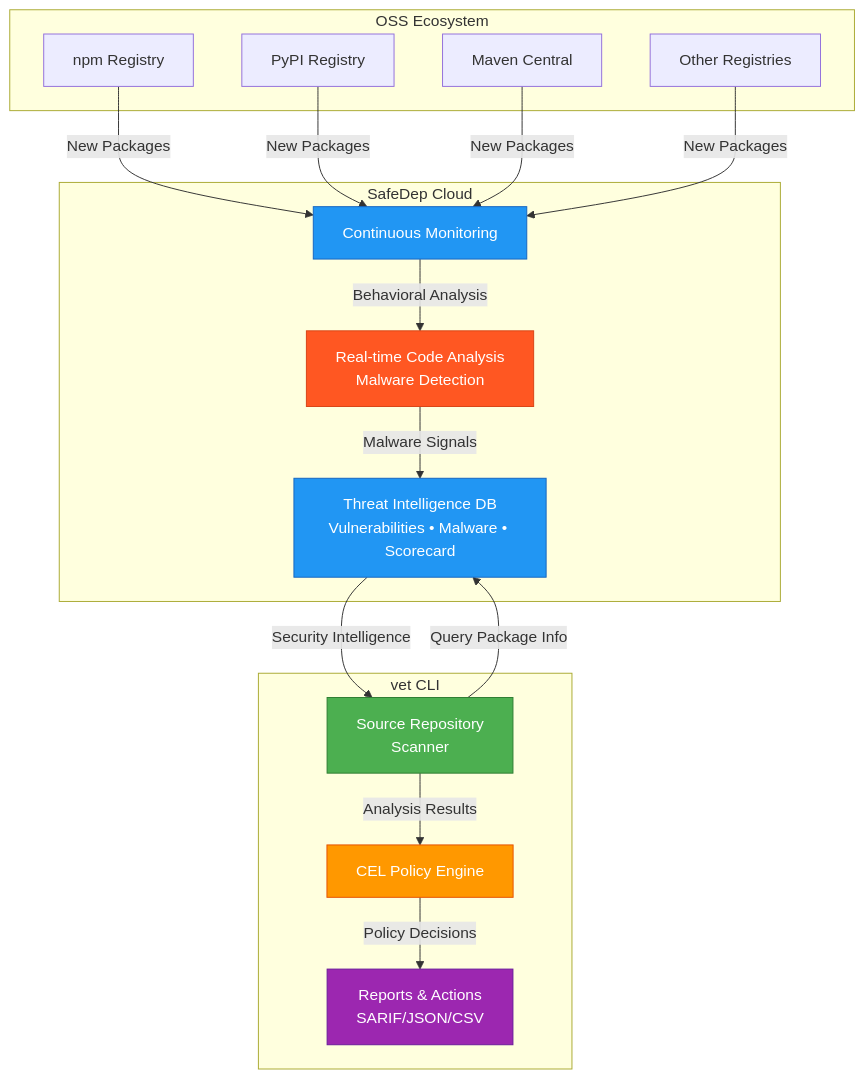
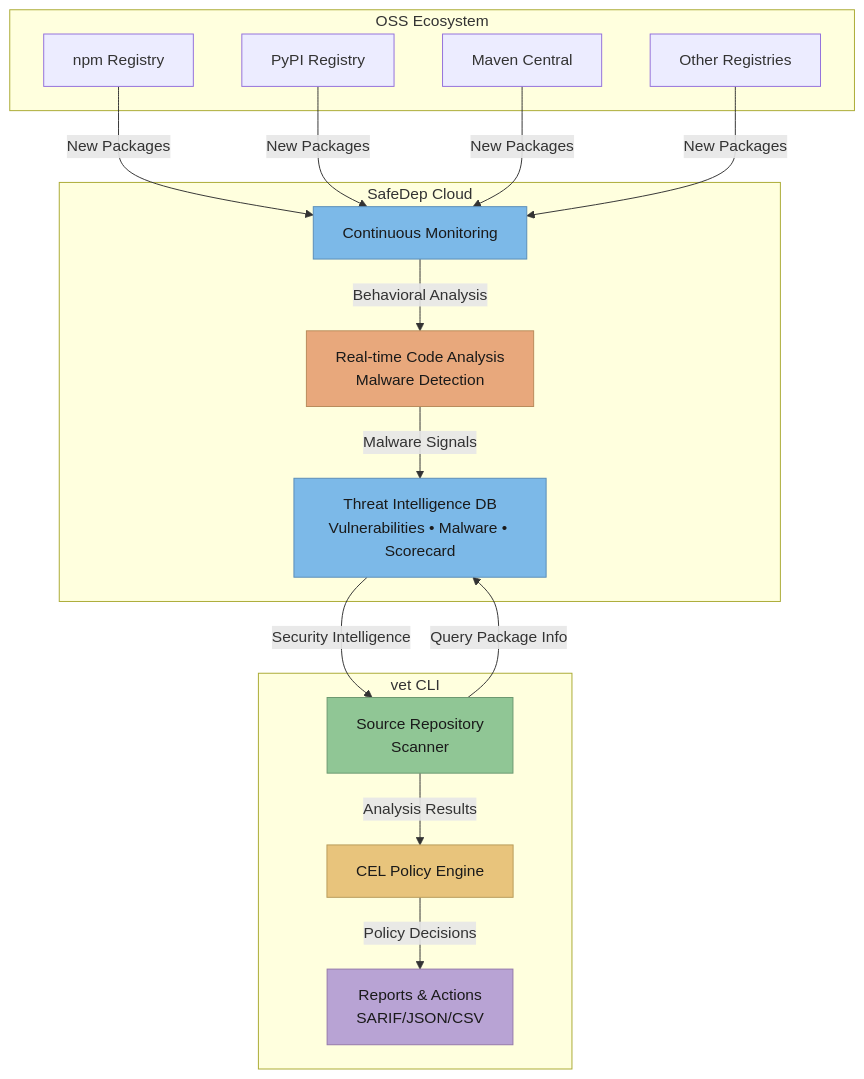
One commit to safedep/vet changed the diagram in README.md. Above: the diagram before and after it, drawn with Mermaid.

Commit message:
docs: Update colors

````diff
--- a/README.md
+++ b/README.md
@@ -66,40 +66,40 @@
 ```mermaid
 graph TB
     subgraph "OSS Ecosystem"
         R1[npm Registry]
         R2[PyPI Registry]
         R3[Maven Central]
         R4[Other Registries]
     end
     
     subgraph "SafeDep Cloud"
         M[Continuous Monitoring]
         A[Real-time Code Analysis<br/>Malware Detection]
         T[Threat Intelligence DB<br/>Vulnerabilities • Malware • Scorecard]
     end
     
     subgraph "vet CLI"
         S[Source Repository<br/>Scanner]
         P[CEL Policy Engine]
         O[Reports & Actions<br/>SARIF/JSON/CSV]
     end
     
     R1 -->|New Packages| M
     R2 -->|New Packages| M
     R3 -->|New Packages| M
     R4 -->|New Packages| M
     M -->|Behavioral Analysis| A
     A -->|Malware Signals| T
     
     S -->|Query Package Info| T
     T -->|Security Intelligence| S
     S -->|Analysis Results| P
     P -->|Policy Decisions| O
     
-    style M fill:#2196F3,stroke:#1565C0,color:#fff
-    style A fill:#FF5722,stroke:#D84315,color:#fff
-    style T fill:#2196F3,stroke:#1565C0,color:#fff
-    style S fill:#4CAF50,stroke:#2E7D32,color:#fff
-    style P fill:#FF9800,stroke:#E65100,color:#fff
-    style O fill:#9C27B0,stroke:#6A1B9A,color:#fff
+    style M fill:#7CB9E8,stroke:#5A8DB8,color:#1a1a1a
+    style A fill:#E8A87C,stroke:#B88A5A,color:#1a1a1a
+    style T fill:#7CB9E8,stroke:#5A8DB8,color:#1a1a1a
+    style S fill:#90C695,stroke:#6B9870,color:#1a1a1a
+    style P fill:#E8C47C,stroke:#B89B5A,color:#1a1a1a
+    style O fill:#B8A3D4,stroke:#9478AA,color:#1a1a1a
 ```
````
